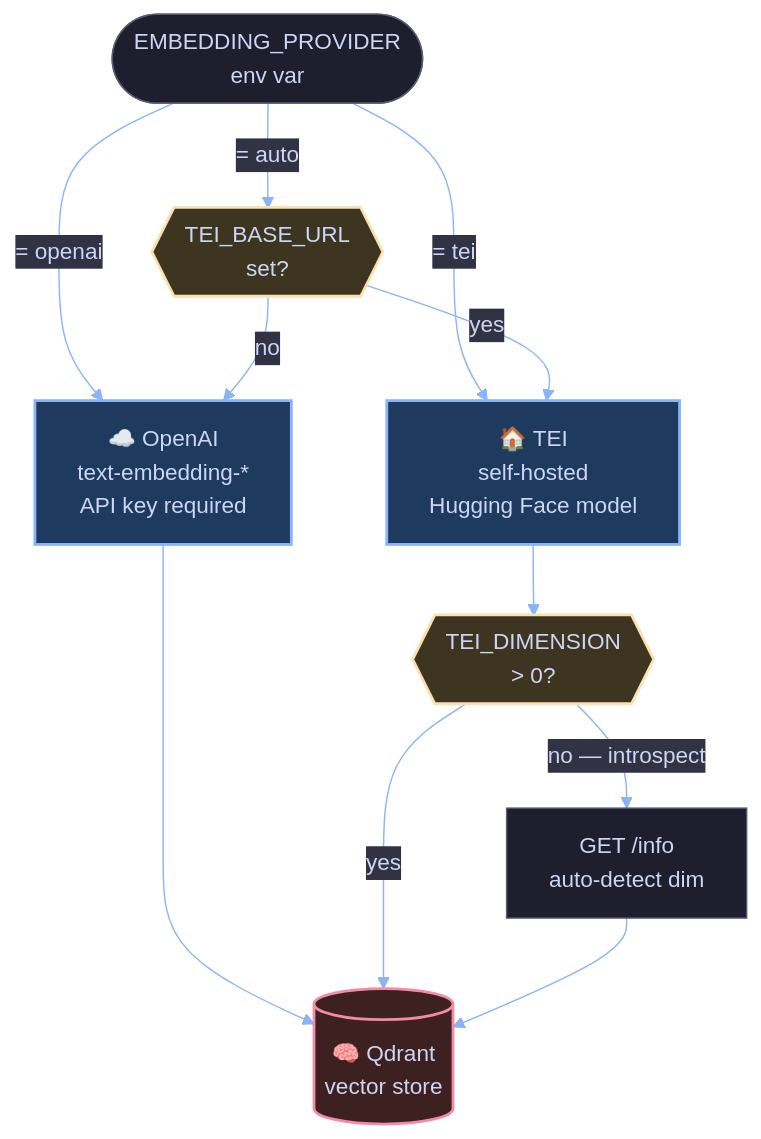
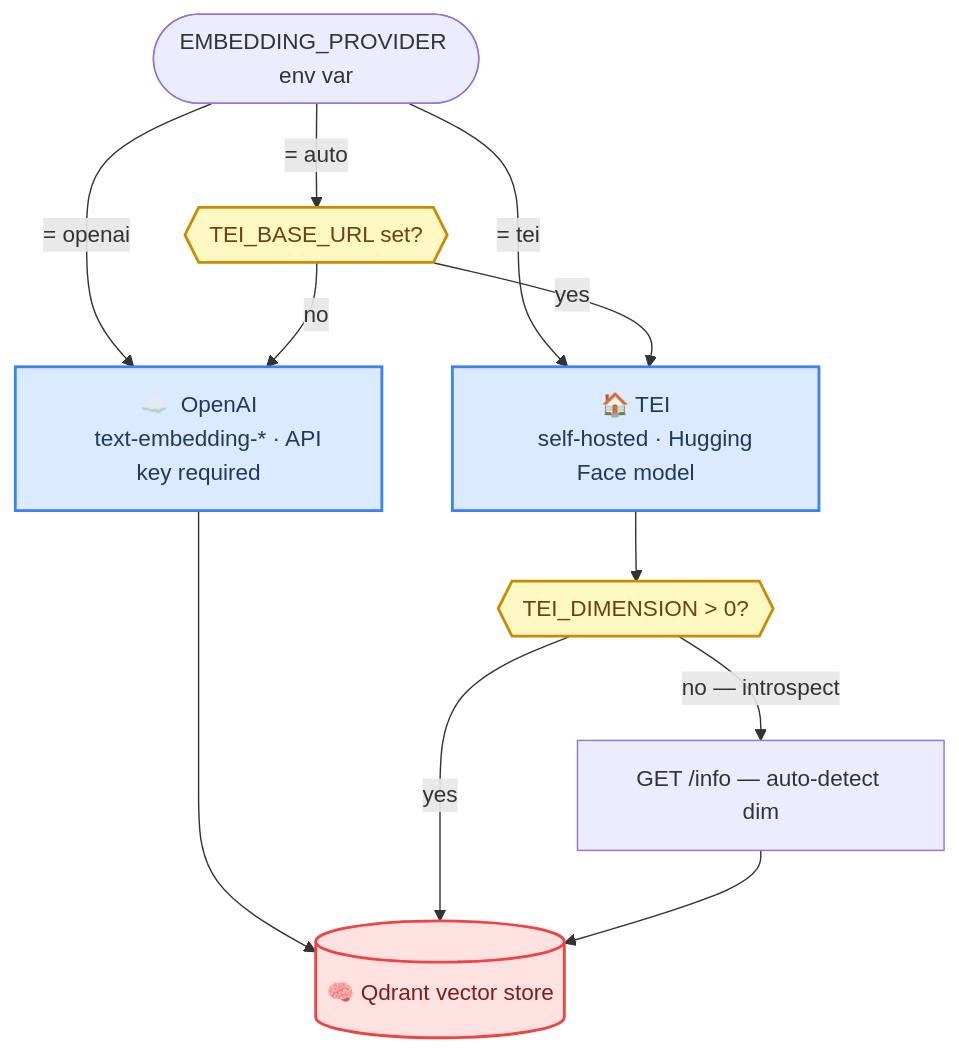
One commit to debian777/kairos-mcp changed the fifth of 5 diagrams in docs/architecture/infrastructure.md. Above: the diagram before and after it, drawn with Mermaid. The commit also changed other lines of this file, not shown here.

First line of the commit message:
docs: switch Mermaid diagrams to light-friendly colors for GitHub

````diff
--- a/docs/architecture/infrastructure.md
+++ b/docs/architecture/infrastructure.md
@@ -362,36 +346,28 @@
 ```mermaid
-%%{init: {'theme': 'base', 'themeVariables': {'primaryColor': '#1e1e2e', 'primaryTextColor': '#cdd6f4', 'primaryBorderColor': '#585b70', 'lineColor': '#89b4fa', 'edgeLabelBackground': '#313244'}}}%%
 flowchart TD
-    ENV(["EMBEDDING_PROVIDER
-    env var"])
+    ENV(["EMBEDDING_PROVIDER env var"])
 
     ENV -->|"= openai"| OAI
     ENV -->|"= tei"| TEI
-    ENV -->|"= auto"| AUTO{{"TEI_BASE_URL
-    set?"}}
+    ENV -->|"= auto"| AUTO{{"TEI_BASE_URL set?"}}
 
     AUTO -->|"yes"| TEI["🏠 TEI
-    self-hosted
-    Hugging Face model"]
+    self-hosted · Hugging Face model"]
     AUTO -->|"no"| OAI["☁️  OpenAI
-    text-embedding-*
-    API key required"]
+    text-embedding-* · API key required"]
 
-    TEI  --> DIM{{"TEI_DIMENSION
-    > 0?"}}
-    OAI  --> VEC
+    TEI --> DIM{{"TEI_DIMENSION > 0?"}}
+    OAI --> VEC
 
-    DIM  -->|"yes"| VEC[("🧠 Qdrant
-    vector store")]
-    DIM  -->|"no — introspect"| INTRO["GET /info
-    auto-detect dim"]
+    DIM -->|"yes"| VEC[("🧠 Qdrant vector store")]
+    DIM -->|"no — introspect"| INTRO["GET /info — auto-detect dim"]
     INTRO --> VEC
 
-    classDef decision fill:#3d3520,stroke:#f9e2af,color:#cdd6f4,stroke-width:2px
-    classDef provider fill:#1e3a5f,stroke:#89b4fa,color:#cdd6f4,stroke-width:2px
-    classDef store    fill:#3d2020,stroke:#f38ba8,color:#cdd6f4,stroke-width:2px
+    classDef decision fill:#fef9c3,stroke:#ca8a04,color:#713f12,stroke-width:2px
+    classDef provider fill:#dbeafe,stroke:#3b82f6,color:#1e3a5f,stroke-width:2px
+    classDef store    fill:#fee2e2,stroke:#ef4444,color:#7f1d1d,stroke-width:2px
 
     class AUTO,DIM decision
     class TEI,OAI provider
     class VEC store
 ```
````
